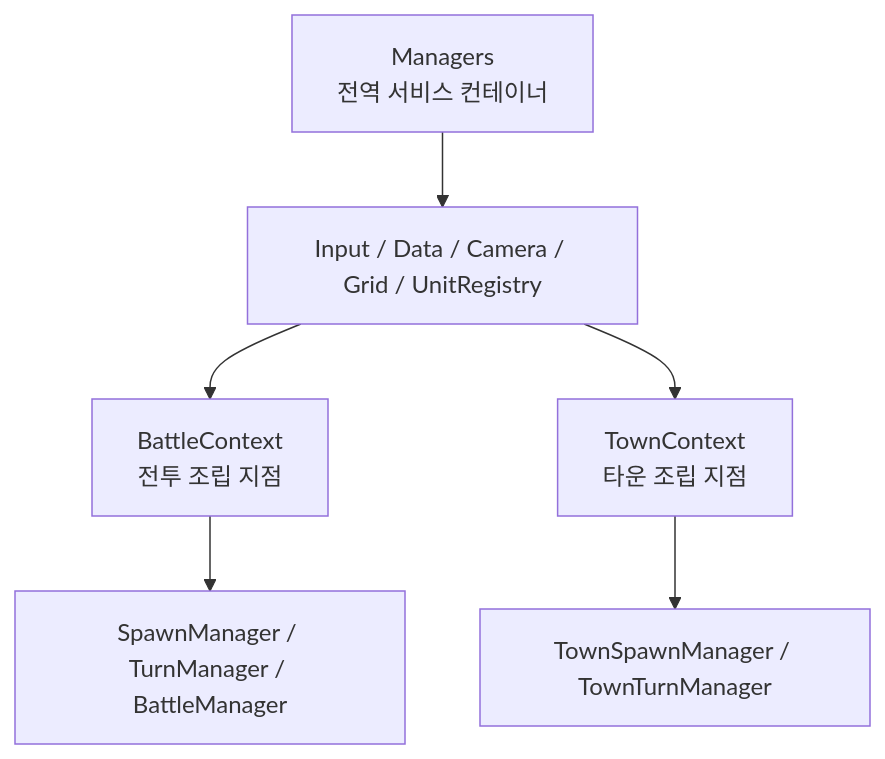
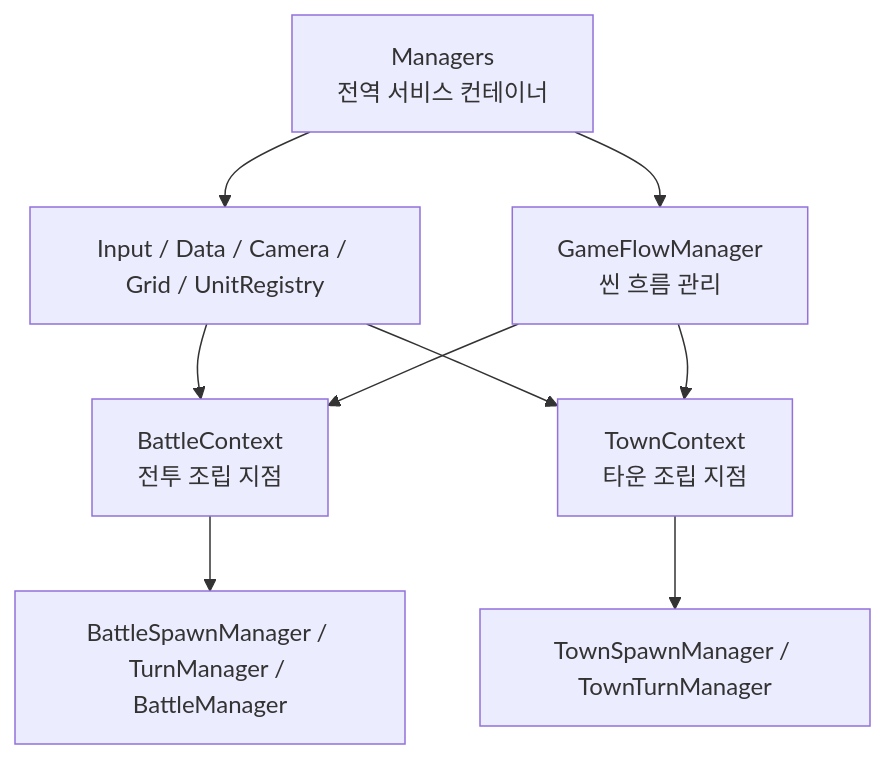
One commit to ra-ku/GridRPG-Portfolio changed the first of 2 diagrams in README.md. Above: the diagram before and after it, drawn with Mermaid. The commit also changed other lines of this file, not shown here.

Commit message:
docs: Town-Battle 코어 루프 구현 내용 반영

````diff
--- a/README.md
+++ b/README.md
@@ -56,15 +64,19 @@
 ```mermaid
 flowchart TD
     Managers["Managers<br/>전역 서비스 컨테이너"]
     Global["Input / Data / Camera / Grid / UnitRegistry"]
+    Flow["GameFlowManager<br/>씬 흐름 관리"]
     BattleContext["BattleContext<br/>전투 조립 지점"]
     TownContext["TownContext<br/>타운 조립 지점"]
-    BattleManagers["SpawnManager / TurnManager / BattleManager"]
+    BattleManagers["BattleSpawnManager / TurnManager / BattleManager"]
     TownManagers["TownSpawnManager / TownTurnManager"]
 
     Managers --> Global
+    Managers --> Flow
     Global --> BattleContext
     Global --> TownContext
+    Flow --> BattleContext
+    Flow --> TownContext
     BattleContext --> BattleManagers
     TownContext --> TownManagers
 ```
````
